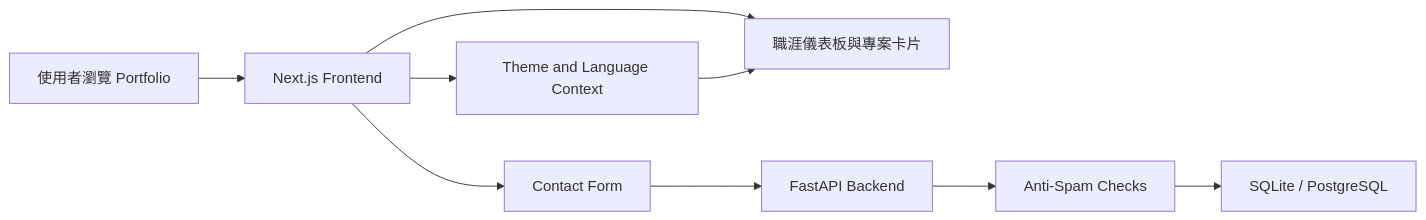
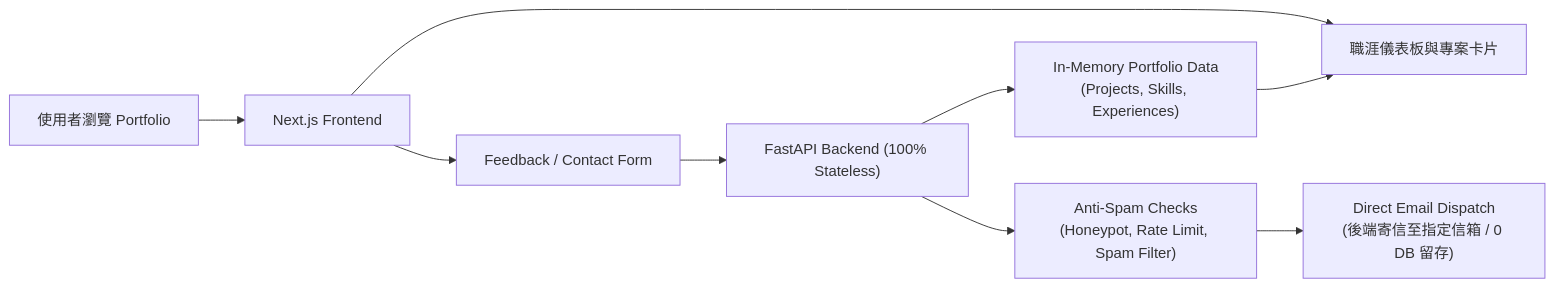
Before and after one commit to dec591nyc/17s_portfolio: the diagram in README.md, drawn with Mermaid. The commit also changed other lines of this file and 10 other files, not shown here.

Commit message:
Sqlite removed and update the portfolio context

````diff
--- a/README.md
+++ b/README.md
@@ -22,11 +22,11 @@
 ```mermaid
 flowchart LR
     A["使用者瀏覽 Portfolio"] --> B["Next.js Frontend"]
     B --> C["職涯儀表板與專案卡片"]
-    B --> D["Contact Form"]
-    D --> E["FastAPI Backend"]
-    E --> F["Anti-Spam Checks"]
-    F --> G["SQLite / PostgreSQL"]
-    B --> H["Theme and Language Context"]
+    B --> D["Feedback / Contact Form"]
+    D --> E["FastAPI Backend (100% Stateless)"]
+    E --> F["Anti-Spam Checks\n(Honeypot, Rate Limit, Spam Filter)"]
+    F --> G["Direct Email Dispatch\n(後端寄信至指定信箱 / 0 DB 留存)"]
+    E --> H["In-Memory Portfolio Data\n(Projects, Skills, Experiences)"]
     H --> C
 ```
````
